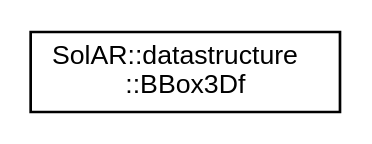
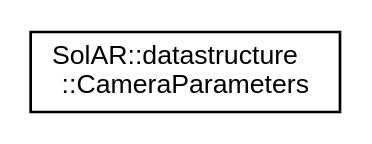
Before and after one commit to SolarFramework/solarframework.github.io: the diagram in api_documentation/inherit_graph_8.dot, drawn with Graphviz. The commit also changed 66 other files, not shown here.

```diff
--- a/api_documentation/inherit_graph_8.dot
+++ b/api_documentation/inherit_graph_8.dot
@@ -1,8 +1,8 @@
 digraph "Graphical Class Hierarchy"
 {
  // LATEX_PDF_SIZE
   edge [fontname="Helvetica",fontsize="10",labelfontname="Helvetica",labelfontsize="10"];
   node [fontname="Helvetica",fontsize="10",shape=record];
   rankdir="LR";
-  Node0 [label="SolAR::datastructure\l::BBox3Df",height=0.2,width=0.4,color="black", fillcolor="white", style="filled",URL="$class_sol_a_r_1_1datastructure_1_1_b_box3_df.html",tooltip="A bounding box 3D with coordinates defined with integers."];
+  Node0 [label="SolAR::datastructure\l::CameraParameters",height=0.2,width=0.4,color="black", fillcolor="white", style="filled",URL="$struct_sol_a_r_1_1datastructure_1_1_camera_parameters.html",tooltip=" "];
 }
```
